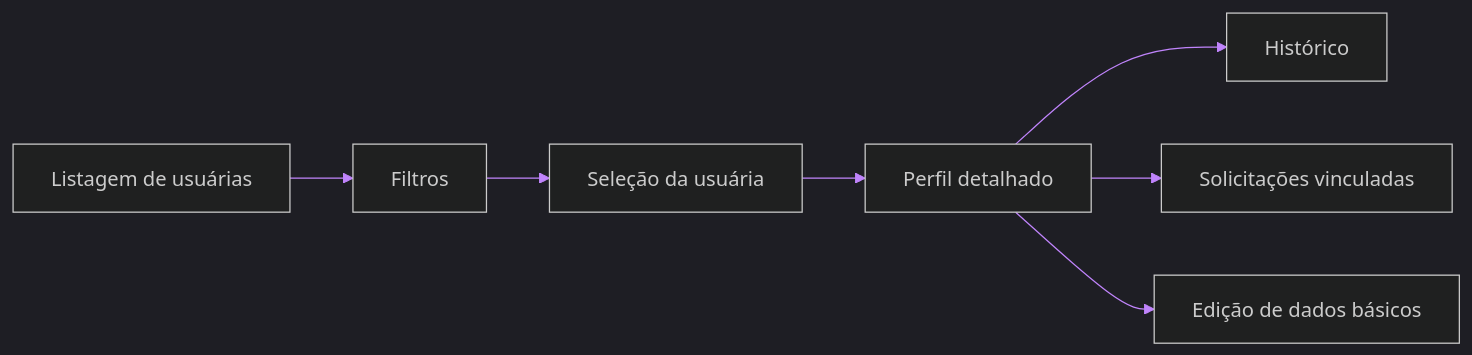
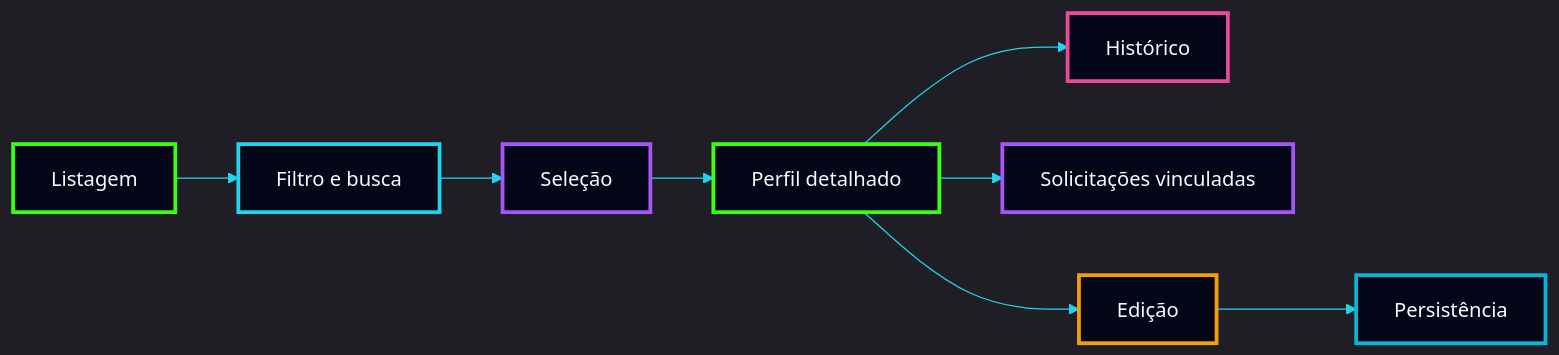
The seventh of 12 diagrams in Terra Conecta — Proposta Institucional, Comercial e Técnica.md (NickDevHolz/Terra-Conecta), drawn with Mermaid before and after one commit. The commit also changed other lines of this file, not shown here.

````diff
--- a/Terra Conecta — Proposta Institucional, Comercial e Técnica.md
+++ b/Terra Conecta — Proposta Institucional, Comercial e Técnica.md
@@ -476,20 +896,38 @@
 ```mermaid
 %%{init: {
 'theme':'dark',
 'themeVariables':{
 'background':'#020617',
+'mainBkg':'#020617',
+'secondBkg':'#0f172a',
+'tertiaryColor':'#111827',
 'primaryColor':'#22d3ee',
 'primaryTextColor':'#f8fafc',
 'primaryBorderColor':'#39ff14',
-'lineColor':'#c084fc',
 'secondaryColor':'#0f172a',
-'tertiaryColor':'#111827'
+'secondaryTextColor':'#e2e8f0',
+'secondaryBorderColor':'#a855f7',
+'lineColor':'#22d3ee',
+'textColor':'#f8fafc',
+'clusterBkg':'#020617',
+'clusterBorder':'#a855f7',
+'defaultLinkColor':'#22d3ee'
 }}}%%
 flowchart LR
-A[Listagem de usuárias] --> B[Filtros]
-B --> C[Seleção da usuária]
+A[Listagem] --> B[Filtro e busca]
+B --> C[Seleção]
 C --> D[Perfil detalhado]
 D --> E[Histórico]
 D --> F[Solicitações vinculadas]
-D --> G[Edição de dados básicos]
+D --> G[Edição]
+G --> H[Persistência]
+
+style A fill:#020617,stroke:#39ff14,stroke-width:3px,color:#f8fafc
+style B fill:#020617,stroke:#22d3ee,stroke-width:3px,color:#f8fafc
+style C fill:#020617,stroke:#a855f7,stroke-width:3px,color:#f8fafc
+style D fill:#020617,stroke:#39ff14,stroke-width:3px,color:#f8fafc
+style E fill:#020617,stroke:#ec4899,stroke-width:3px,color:#f8fafc
+style F fill:#020617,stroke:#a855f7,stroke-width:3px,color:#f8fafc
+style G fill:#020617,stroke:#f59e0b,stroke-width:3px,color:#f8fafc
+style H fill:#020617,stroke:#06b6d4,stroke-width:3px,color:#f8fafc
 ```
````
